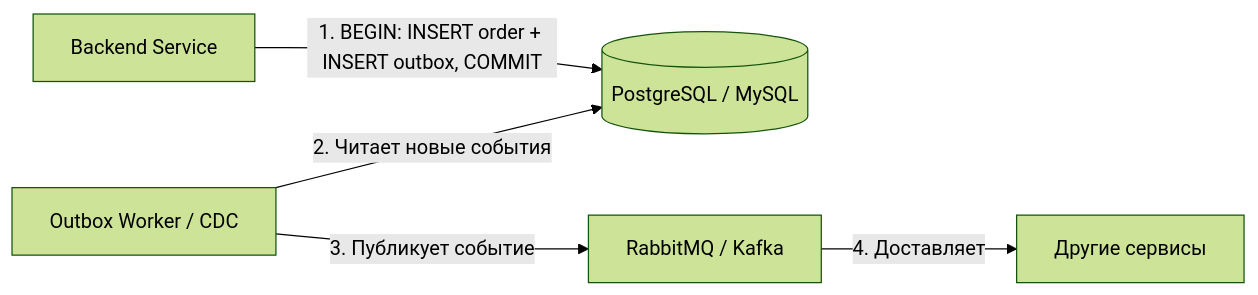
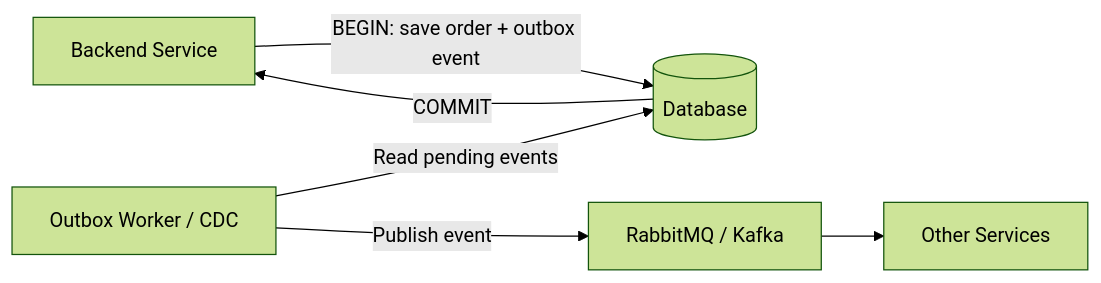
One commit to younggsad/obsidian-store changed the second of 3 diagrams in Innowise/Вопросы к собесу/Backend/Backend Architecture.md. Above: the diagram before and after it, drawn with Mermaid (forest theme). The commit also changed other lines of this file, not shown here.

````diff
--- a/Innowise/Вопросы к собесу/Backend/Backend Architecture.md
+++ b/Innowise/Вопросы к собесу/Backend/Backend Architecture.md
@@ -467,7 +1446,8 @@
 ```mermaid
 flowchart LR
-    A["Backend Service"] -->|"1. BEGIN: INSERT order + INSERT outbox, COMMIT"| B[("PostgreSQL / MySQL")]
-    C["Outbox Worker / CDC"] -->|"2. Читает новые события"| B
-    C -->|"3. Публикует событие"| D["RabbitMQ / Kafka"]
-    D -->|"4. Доставляет"| E["Другие сервисы"]
+    A["Backend Service"] -->|"BEGIN: save order + outbox event"| B[("Database")]
+    B -->|"COMMIT"| A
+    C["Outbox Worker / CDC"] -->|"Read pending events"| B
+    C -->|"Publish event"| D["RabbitMQ / Kafka"]
+    D --> E["Other Services"]
 ```
````
